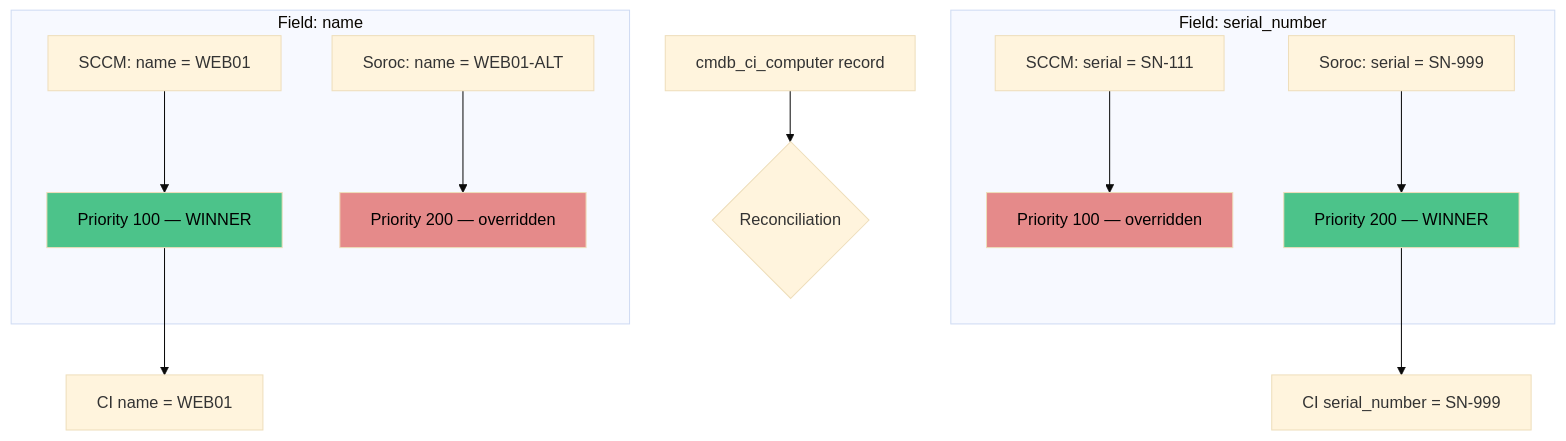
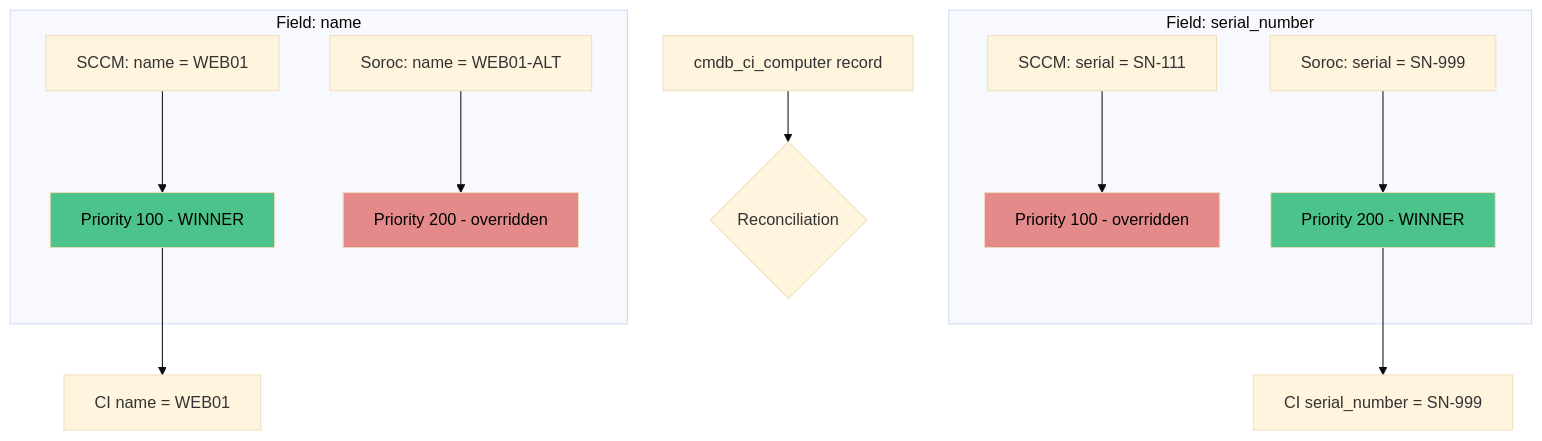
Before and after one commit to eltonaguiar/ServiceNow_Learning_TSOM-_CSM_FSM_SalesCRM_HAM_ITSM: diagram 12 of 22 in docs/modules/cmdb/cmdb-guide.md, drawn with Mermaid (base theme). The commit also changed other lines of this file and 10 other files, not shown here.

First line of the commit message:
Fix Mermaid diagram unicode characters causing syntax errors

````diff
--- a/docs/modules/cmdb/cmdb-guide.md
+++ b/docs/modules/cmdb/cmdb-guide.md
@@ -1165,23 +1165,23 @@
 ```mermaid
 flowchart TD
     CI[cmdb_ci_computer record] --> RECON{Reconciliation}
 
     subgraph "Field: name"
-        SCCM[SCCM: name = WEB01] --> P1[Priority 100 — WINNER]
-        Soroc[Soroc: name = WEB01-ALT] --> P2[Priority 200 — overridden]
+        SCCM[SCCM: name = WEB01] --> P1[Priority 100  -  WINNER]
+        Soroc[Soroc: name = WEB01-ALT] --> P2[Priority 200  -  overridden]
     end
 
     subgraph "Field: serial_number"
-        SCCM2[SCCM: serial = SN-111] --> P3[Priority 100 — overridden]
-        Soroc2[Soroc: serial = SN-999] --> P4[Priority 200 — WINNER]
+        SCCM2[SCCM: serial = SN-111] --> P3[Priority 100  -  overridden]
+        Soroc2[Soroc: serial = SN-999] --> P4[Priority 200  -  WINNER]
     end
 
     P1 --> FINAL[CI name = WEB01]
     P4 --> FINAL2[CI serial_number = SN-999]
 
     style P1 fill:#4cc38a,color:#000
     style P4 fill:#4cc38a,color:#000
     style P2 fill:#e58a8a,color:#000
     style P3 fill:#e58a8a,color:#000
 
 ```
````
